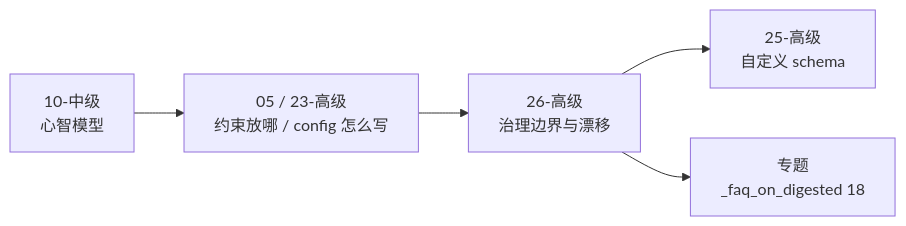
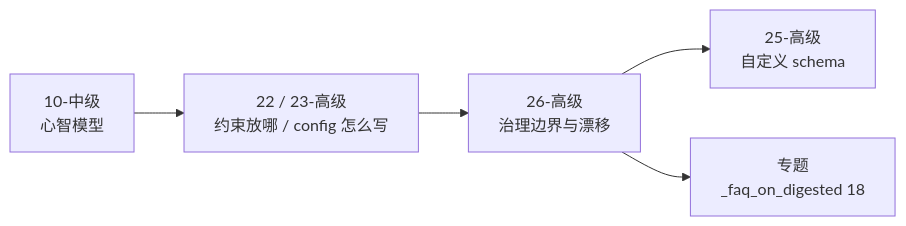
Before and after one commit to ethan-jiang-3/OpenSpec: the eighth of 8 diagrams in _openspec_handbook/00-index.md, drawn with Mermaid. The commit also changed other lines of this file and 27 other files, not shown here.

Commit message:
docs(handbook): 修重编号遗漏——14 章 H1 标题同步新号（此前只改文件名，标题仍写 02–15，与文件名自相矛盾）、链接文字 [NN] 与目标对齐、26 章内章间引用（06→23 / 08→25）、00-index mermaid 节点（11/53→51/53、05/23→22/23）、_digested/_faq 的 handbook 章号正文引用 31 处；全量复验：链接/锚点 0 失效、围栏 0 未配平、H1↔文件名 0 不一致、链接文字↔目标 0 不符、sha 0 无效

````diff
--- a/_openspec_handbook/00-index.md
+++ b/_openspec_handbook/00-index.md
@@ -204,7 +204,7 @@
 ```mermaid
 graph LR
-    A[10-中级<br/>心智模型] --> B[05 / 23-高级<br/>约束放哪 / config 怎么写]
+    A[10-中级<br/>心智模型] --> B[22 / 23-高级<br/>约束放哪 / config 怎么写]
     B --> C[26-高级<br/>治理边界与漂移]
     C --> D[25-高级<br/>自定义 schema]
     C --> E[专题<br/>_faq_on_digested 18]
 ```
````
